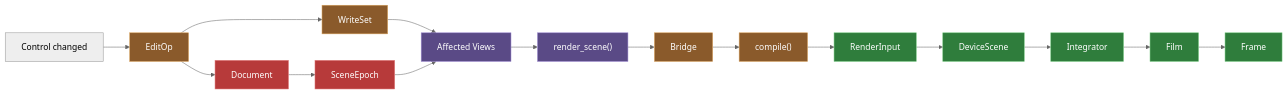
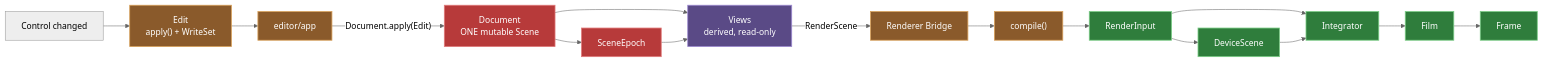
One commit to nicolasgfx/Portfolio changed the first of 2 diagrams in README.md. Above: the diagram before and after it, drawn with Mermaid (neutral theme). The commit also changed other lines of this file, not shown here.

````diff
--- a/README.md
+++ b/README.md
@@ -258,32 +54,38 @@
 ```mermaid
 flowchart LR
     Control["Control changed"]
-    Edit["EditOp"]
-    Document["Document"]
-    WriteSet["WriteSet"]
+    Edit["Edit<br/>apply() + WriteSet"]
+    App["editor/app"]
+    Document["Document<br/>ONE mutable Scene"]
     Epoch["SceneEpoch"]
-    Views["Affected Views"]
-    RenderScene["render_scene()"]
-    Bridge["Bridge"]
+    Views["Views<br/>derived, read-only"]
+    Bridge["Renderer Bridge"]
     Compile["compile()"]
     Input["RenderInput"]
-    Device["DeviceScene"]
+    DeviceScene["DeviceScene"]
     Integrator["Integrator"]
     Film["Film"]
     Frame["Frame"]
 
-    Control --> Edit --> Document
-    Edit --> WriteSet --> Views
-    Document --> Epoch --> Views
-    Views --> RenderScene --> Bridge --> Compile --> Input
-    Input --> Device --> Integrator --> Film --> Frame
+    Control --> Edit --> App
+    App -->|"Document.apply(Edit)"| Document
+    Document --> Epoch
+    Document --> Views
+    Epoch --> Views
+    Views -->|"RenderScene"| Bridge
+    Bridge --> Compile --> Input
+    Input --> DeviceScene
+    Input --> Integrator
+    DeviceScene --> Integrator
+    Integrator --> Film --> Frame
 
-    classDef truth fill:#b73a3a,stroke:#e07a7a,color:#fff
-    classDef view fill:#5a4a86,stroke:#9d8ad0,color:#fff
-    classDef bridge fill:#8a5a2b,stroke:#d8a05a,color:#fff
-    classDef gpu fill:#2f7d3c,stroke:#7acb85,color:#fff
+    classDef truth fill:#b73a3a,stroke:#e07a7a,stroke-width:1.5px,color:#fff
+    classDef view fill:#5a4a86,stroke:#9d8ad0,stroke-width:1.5px,color:#fff
+    classDef bridge fill:#8a5a2b,stroke:#d8a05a,stroke-width:1.5px,color:#fff
+    classDef gpu fill:#2f7d3c,stroke:#7acb85,stroke-width:1.5px,color:#fff
+
     class Document,Epoch truth
-    class Views,RenderScene view
-    class Edit,WriteSet,Bridge,Compile bridge
-    class Input,Device,Integrator,Film,Frame gpu
+    class Views view
+    class Edit,App,Bridge,Compile bridge
+    class Input,DeviceScene,Integrator,Film,Frame gpu
 ```
````
